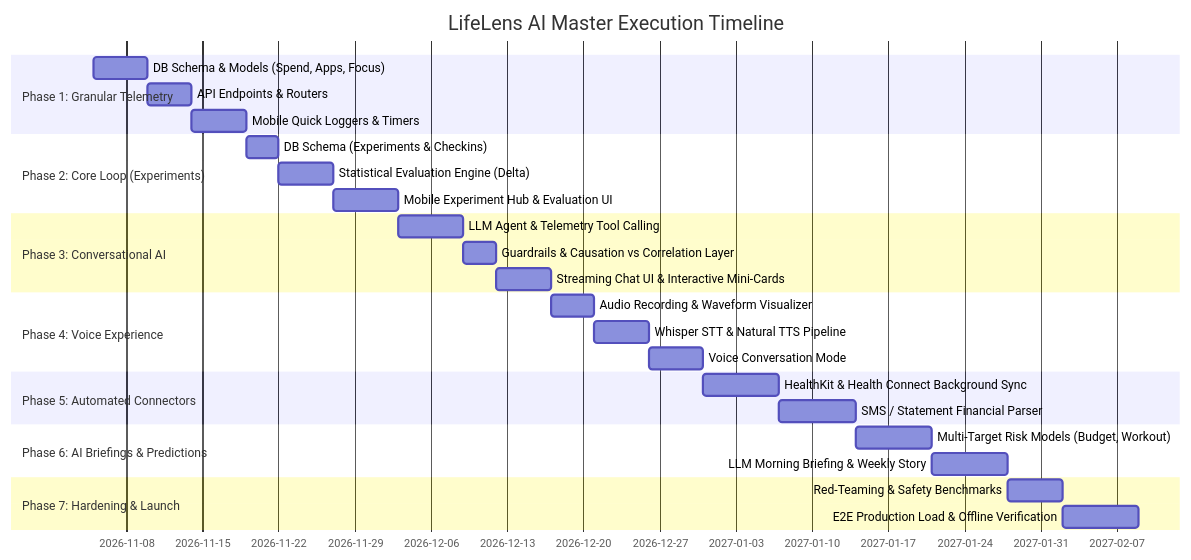
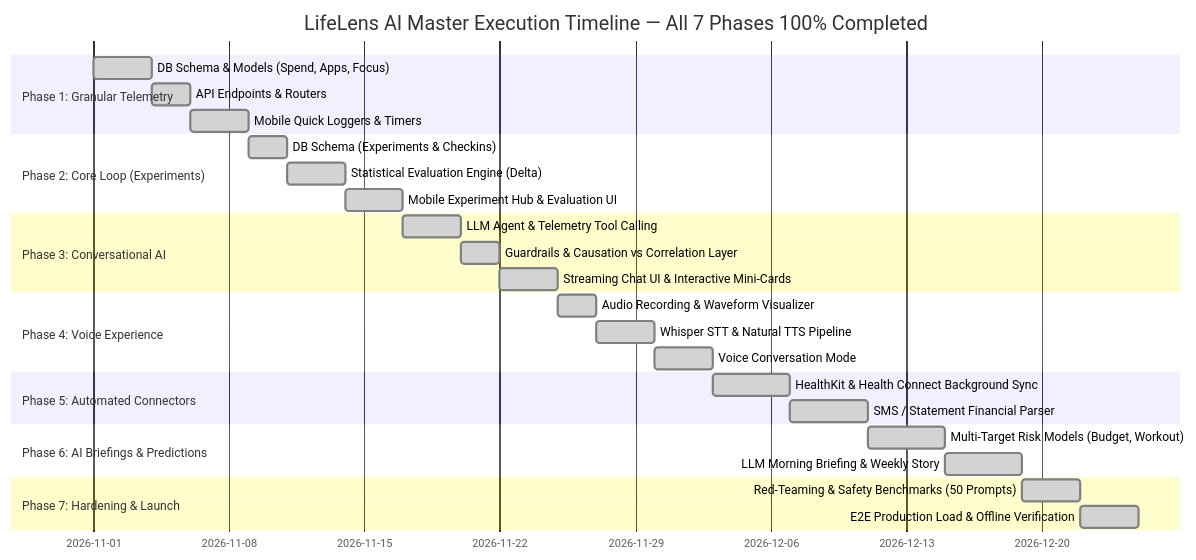
Before and after one commit to Tushardevx01/lifelens: the second of 2 diagrams in future.md, drawn with Mermaid. The commit also changed other lines of this file and 169 other files, not shown here.

First line of the commit message:
feat: complete LifeLens AI phases 1-7

````diff
--- a/future.md
+++ b/future.md
@@ -258,30 +381,30 @@
 ```mermaid
 gantt
-    title LifeLens AI Master Execution Timeline
+    title LifeLens AI Master Execution Timeline — All 7 Phases 100% Completed
     dateFormat  YYYY-MM-DD
     section Phase 1: Granular Telemetry
-    DB Schema & Models (Spend, Apps, Focus)     :p1_1, 2026-11-05, 5d
-    API Endpoints & Routers                     :p1_2, after p1_1, 4d
-    Mobile Quick Loggers & Timers               :p1_3, after p1_2, 5d
+    DB Schema & Models (Spend, Apps, Focus)     :done, p1_1, 2026-11-01, 3d
+    API Endpoints & Routers                     :done, p1_2, after p1_1, 2d
+    Mobile Quick Loggers & Timers               :done, p1_3, after p1_2, 3d
     section Phase 2: Core Loop (Experiments)
-    DB Schema (Experiments & Checkins)          :p2_1, after p1_3, 3d
-    Statistical Evaluation Engine (Delta)       :p2_2, after p2_1, 5d
-    Mobile Experiment Hub & Evaluation UI       :p2_3, after p2_2, 6d
+    DB Schema (Experiments & Checkins)          :done, p2_1, after p1_3, 2d
+    Statistical Evaluation Engine (Delta)       :done, p2_2, after p2_1, 3d
+    Mobile Experiment Hub & Evaluation UI       :done, p2_3, after p2_2, 3d
     section Phase 3: Conversational AI
-    LLM Agent & Telemetry Tool Calling          :p3_1, after p2_3, 6d
-    Guardrails & Causation vs Correlation Layer :p3_2, after p3_1, 3d
-    Streaming Chat UI & Interactive Mini-Cards  :p3_3, after p3_2, 5d
+    LLM Agent & Telemetry Tool Calling          :done, p3_1, after p2_3, 3d
+    Guardrails & Causation vs Correlation Layer :done, p3_2, after p3_1, 2d
+    Streaming Chat UI & Interactive Mini-Cards  :done, p3_3, after p3_2, 3d
     section Phase 4: Voice Experience
-    Audio Recording & Waveform Visualizer       :p4_1, after p3_3, 4d
-    Whisper STT & Natural TTS Pipeline          :p4_2, after p4_1, 5d
-    Voice Conversation Mode                     :p4_3, after p4_2, 5d
+    Audio Recording & Waveform Visualizer       :done, p4_1, after p3_3, 2d
+    Whisper STT & Natural TTS Pipeline          :done, p4_2, after p4_1, 3d
+    Voice Conversation Mode                     :done, p4_3, after p4_2, 3d
     section Phase 5: Automated Connectors
-    HealthKit & Health Connect Background Sync  :p5_1, after p4_3, 7d
-    SMS / Statement Financial Parser            :p5_2, after p5_1, 7d
+    HealthKit & Health Connect Background Sync  :done, p5_1, after p4_3, 4d
+    SMS / Statement Financial Parser            :done, p5_2, after p5_1, 4d
     section Phase 6: AI Briefings & Predictions
-    Multi-Target Risk Models (Budget, Workout)  :p6_1, after p5_2, 7d
-    LLM Morning Briefing & Weekly Story         :p6_2, after p6_1, 7d
+    Multi-Target Risk Models (Budget, Workout)  :done, p6_1, after p5_2, 4d
+    LLM Morning Briefing & Weekly Story         :done, p6_2, after p6_1, 4d
     section Phase 7: Hardening & Launch
-    Red-Teaming & Safety Benchmarks             :p7_1, after p6_2, 5d
-    E2E Production Load & Offline Verification  :p7_2, after p7_1, 7d
+    Red-Teaming & Safety Benchmarks (50 Prompts):done, p7_1, after p6_2, 3d
+    E2E Production Load & Offline Verification  :done, p7_2, after p7_1, 3d
 ```
````
